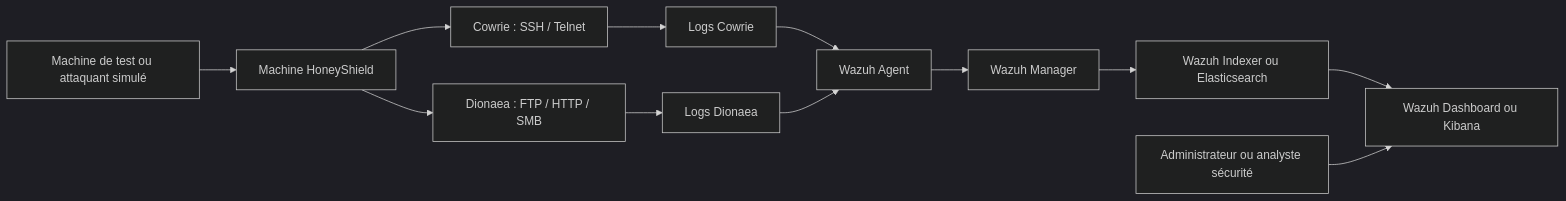
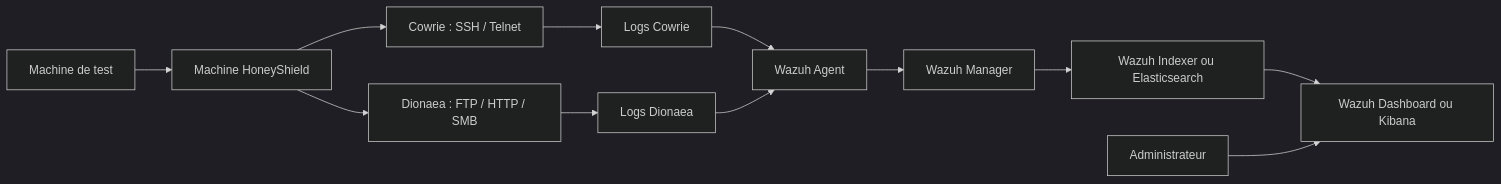
The diagram in content/projects/Mise en place d’un honeypot.md (hackus-mans/portofiolo), drawn with Mermaid (dark theme) before and after one commit. The commit also changed other lines of this file, not shown here.

````diff
--- a/content/projects/Mise en place d’un honeypot.md
+++ b/content/projects/Mise en place d’un honeypot.md
@@ -775,19 +455,14 @@
 ```mermaid
 flowchart LR
-    A[Machine de test ou attaquant simulé] --> B[Machine HoneyShield]
-
+    A[Machine de test] --> B[Machine HoneyShield]
     B --> C[Cowrie : SSH / Telnet]
     B --> D[Dionaea : FTP / HTTP / SMB]
-
     C --> E[Logs Cowrie]
     D --> F[Logs Dionaea]
-
     E --> G[Wazuh Agent]
     F --> G
-
     G --> H[Wazuh Manager]
     H --> I[Wazuh Indexer ou Elasticsearch]
     I --> J[Wazuh Dashboard ou Kibana]
-
-    K[Administrateur ou analyste sécurité] --> J
+    K[Administrateur] --> J
 ```
````
